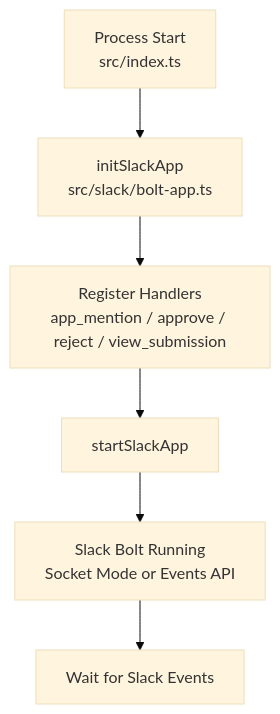
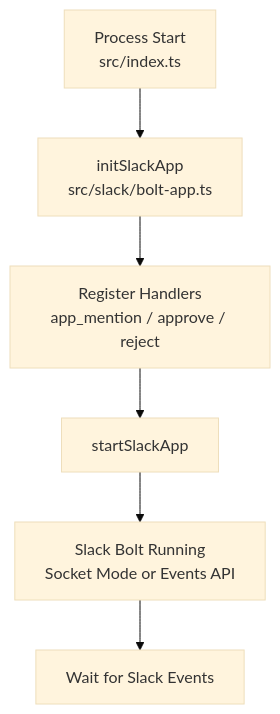
The first of 4 diagrams in docs/PROCESS_FLOW.md (2bo/mastra-slack-agent), drawn with Mermaid (base theme) before and after one commit. The commit also changed other lines of this file and 17 other files, not shown here.

Commit message:
refactor(slack): split response flows and simplify HITL result presentation Entire-Checkpoint: 007fd25de0ab

````diff
--- a/docs/PROCESS_FLOW.md
+++ b/docs/PROCESS_FLOW.md
@@ -8,8 +8,8 @@
 ```mermaid
 flowchart TD
   A[Process Start<br/>src/index.ts] --> B[initSlackApp<br/>src/slack/bolt-app.ts]
-  B --> C[Register Handlers<br/>app_mention / approve / reject / view_submission]
+  B --> C[Register Handlers<br/>app_mention / approve / reject]
   C --> D[startSlackApp]
   D --> E[Slack Bolt Running<br/>Socket Mode or Events API]
   E --> F[Wait for Slack Events]
 ```
````
